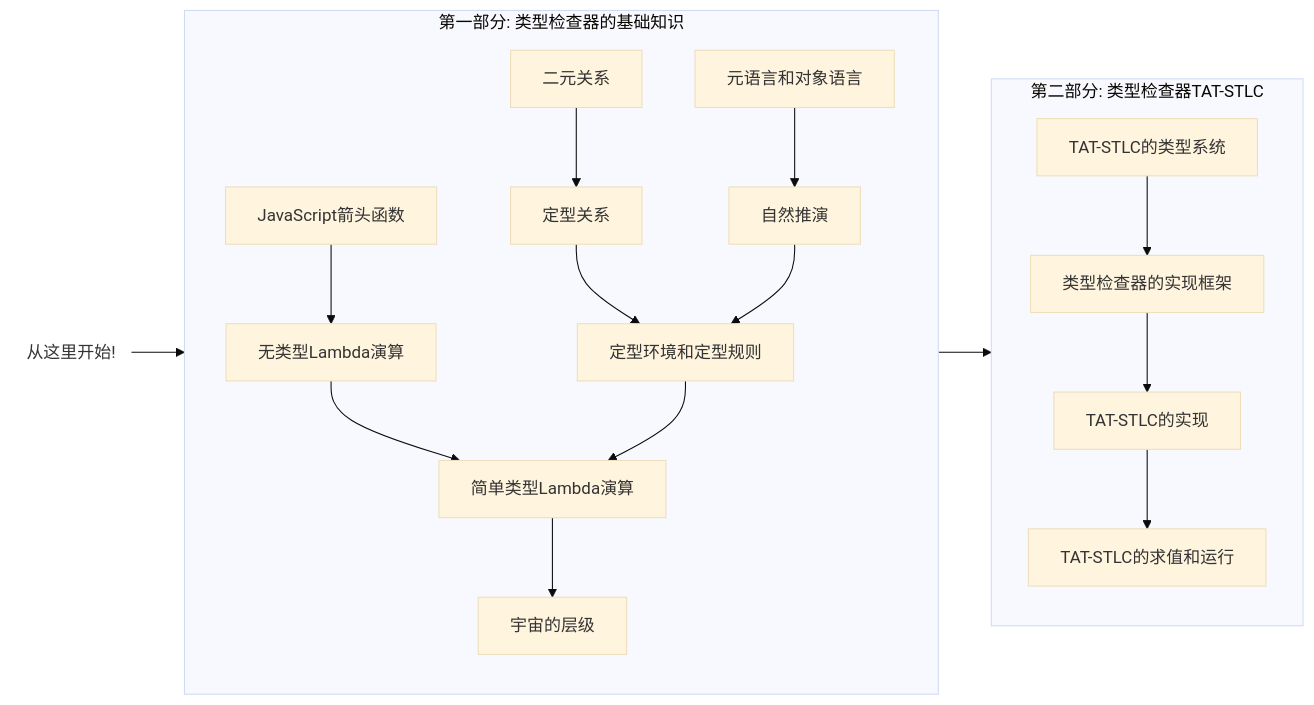
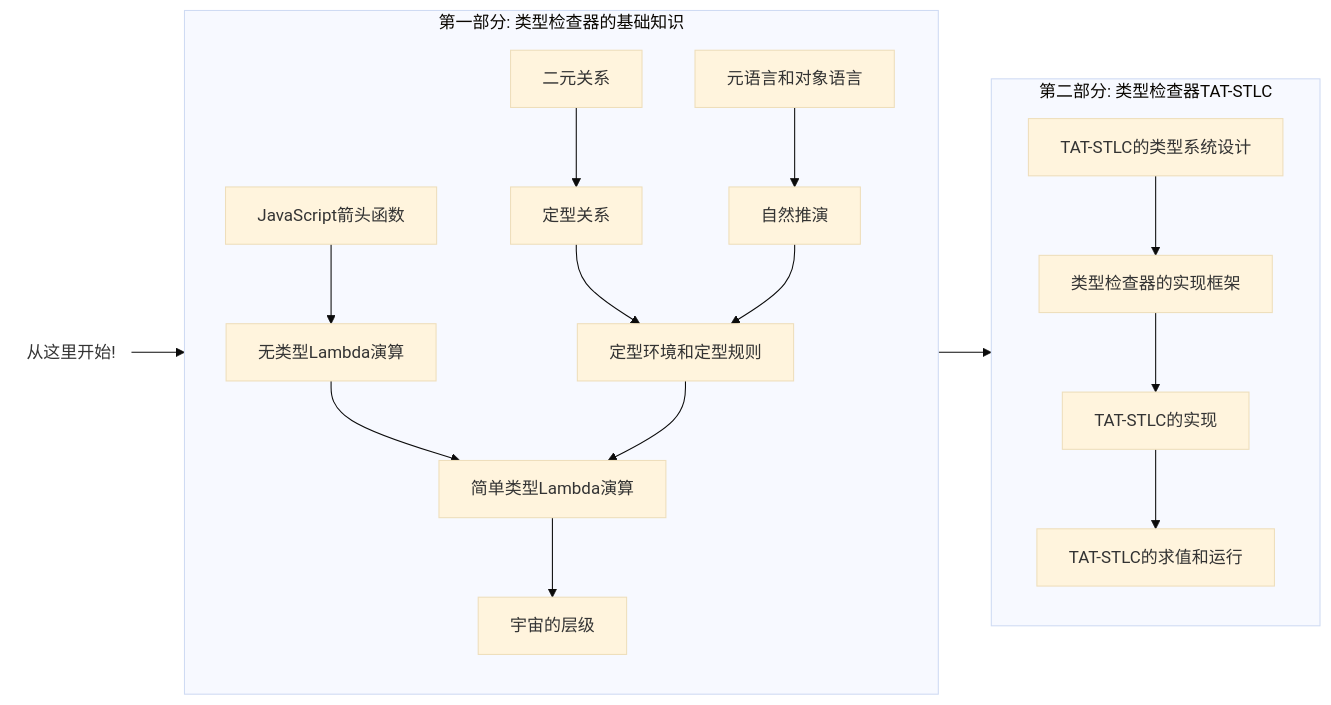
The diagram in slides/slides.md (suica/write-you-a-typescript), drawn with Mermaid (base theme) before and after one commit. The commit also changed other lines of this file, not shown here.

````diff
--- a/slides/slides.md
+++ b/slides/slides.md
@@ -452,23 +452,23 @@
 ```mermaid {scale: 0.9}
 flowchart LR
   subgraph Part1[第一部分: 类型检查器的基础知识]
     direction TB
     ArrowFunction[JavaScript箭头函数] --> UTLC[无类型Lambda演算]
     UTLC --> STLC --> 宇宙的层级
     BinaryRelation[二元关系] --> TypingRelation[定型关系]
     TypingRelation --> TypingContext[定型环境和定型规则]
     TypingContext --> STLC[简单类型Lambda演算]
     MetaLanguage[元语言和对象语言] --> NaturalDeduction[自然推演] 
     NaturalDeduction --> TypingContext
   end
 
   subgraph Part2[第二部分: 类型检查器TAT-STLC]
     direction TB
-    TATRules[TAT-STLC的类型系统] --> TATFrameWork[类型检查器的实现框架]
+    TATRules[TAT-STLC的类型系统设计] --> TATFrameWork[类型检查器的实现框架]
     TATFrameWork --> TATTypeScriptImpl[TAT-STLC的实现] --> TATEval[TAT-STLC的求值和运行]
   end
 
   Start(从这里开始!) --> Part1 --> Part2
   style Start fill:none,stroke:none
 
 ```
````
